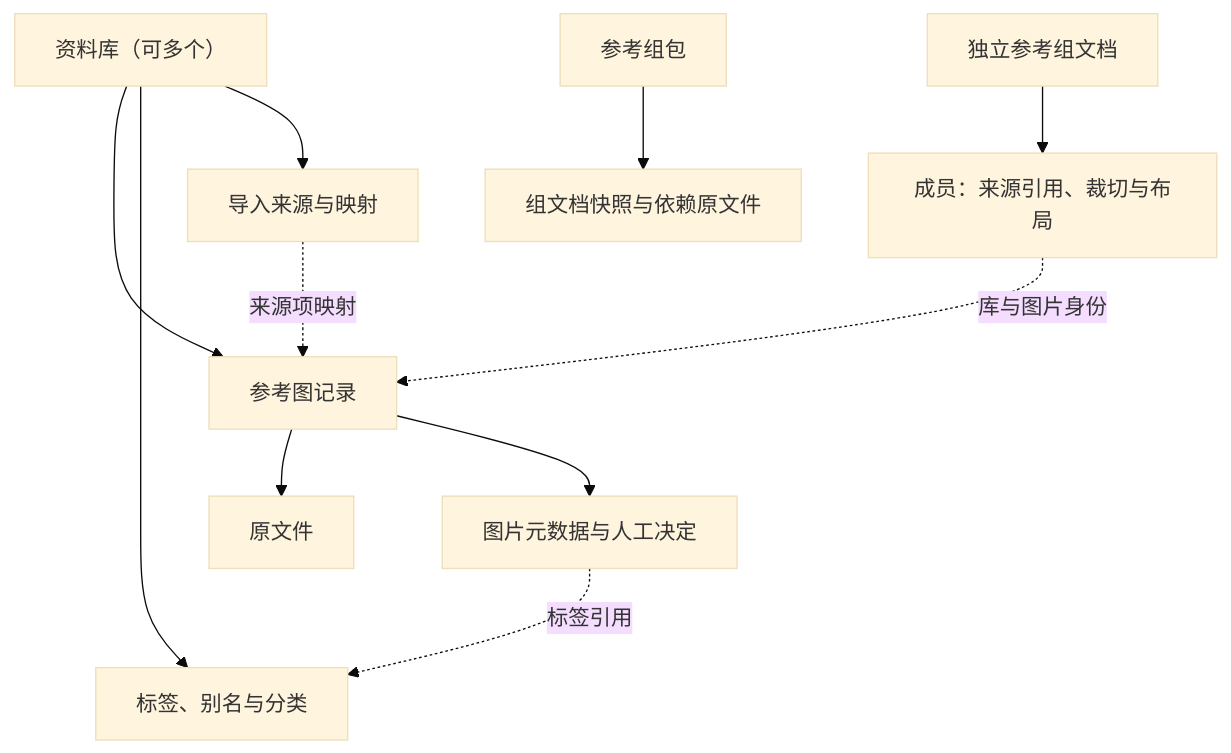
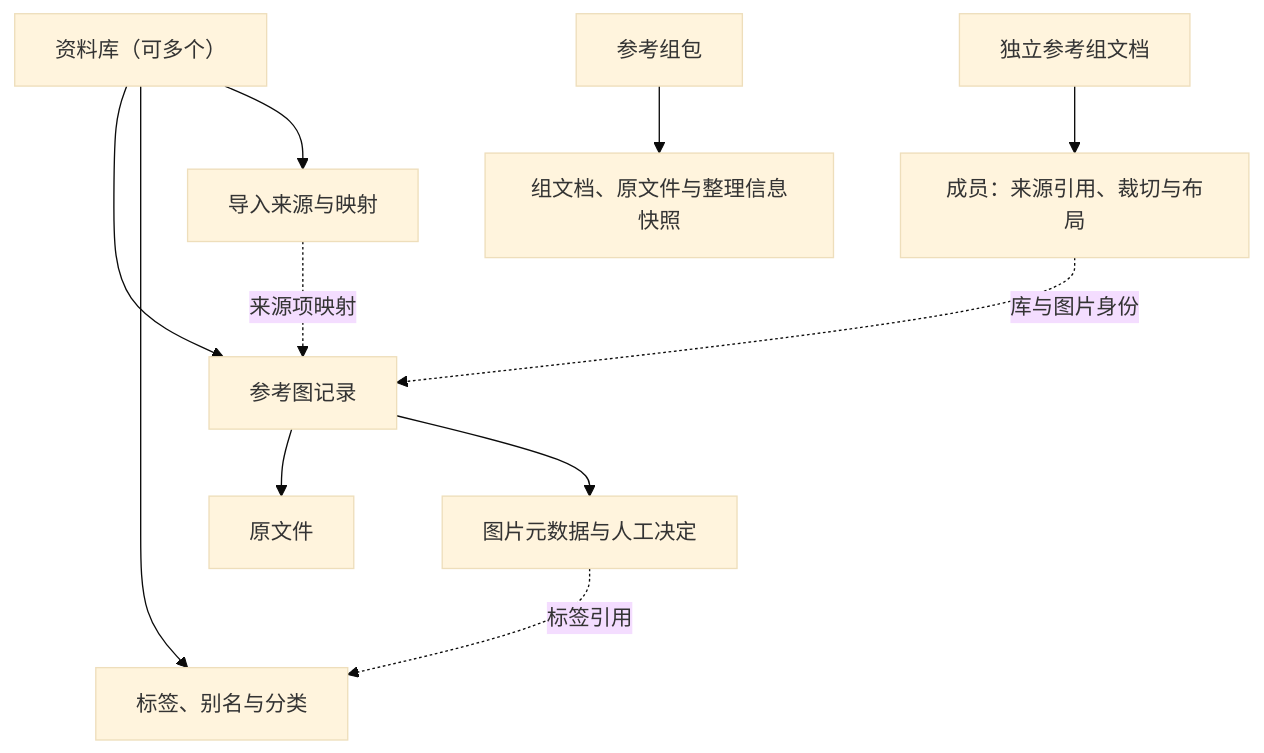
One commit to Yukk1No/kinshoko changed the diagram in docs/discovery/data-hierarchy.md. Above: the diagram before and after it, drawn with Mermaid (base theme). The commit also changed other lines of this file and 5 other files, not shown here.

````diff
--- a/docs/discovery/data-hierarchy.md
+++ b/docs/discovery/data-hierarchy.md
@@ -9,13 +9,13 @@
 ```mermaid
 flowchart TB
     L["资料库（可多个）"] --> I["参考图记录"]
     L --> T["标签、别名与分类"]
     L --> S["导入来源与映射"]
     I --> O["原文件"]
     I --> M["图片元数据与人工决定"]
     M -. 标签引用 .-> T
     S -. 来源项映射 .-> I
     G["独立参考组文档"] --> V["成员：来源引用、裁切与布局"]
     V -. 库与图片身份 .-> I
-    P["参考组包"] --> D["组文档快照与依赖原文件"]
+    P["参考组包"] --> D["组文档、原文件与整理信息快照"]
 ```
````
